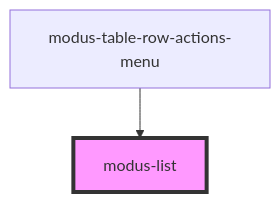
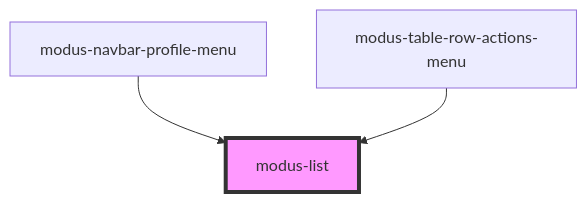
The diagram in stencil-workspace/src/components/modus-list/readme.md (trimble-oss/modus-web-components), drawn with Mermaid before and after one commit. The commit also changed other lines of this file and 19 other files, not shown here.

````diff
--- a/stencil-workspace/src/components/modus-list/readme.md
+++ b/stencil-workspace/src/components/modus-list/readme.md
@@ -22,5 +23,6 @@
 ```mermaid
 graph TD;
+  modus-navbar-profile-menu --> modus-list
   modus-table-row-actions-menu --> modus-list
   style modus-list fill:#f9f,stroke:#333,stroke-width:4px
 ```
````
